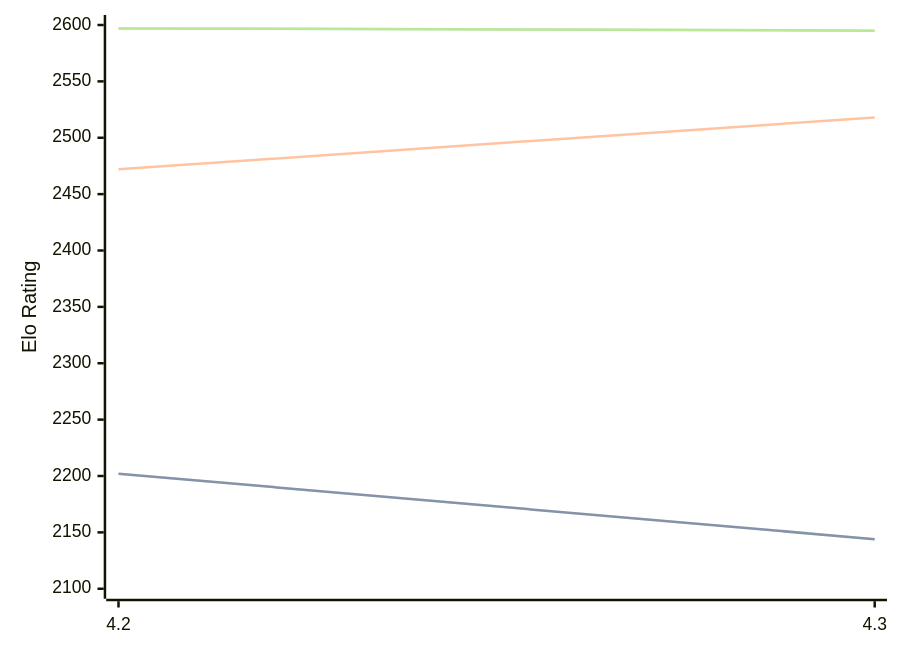
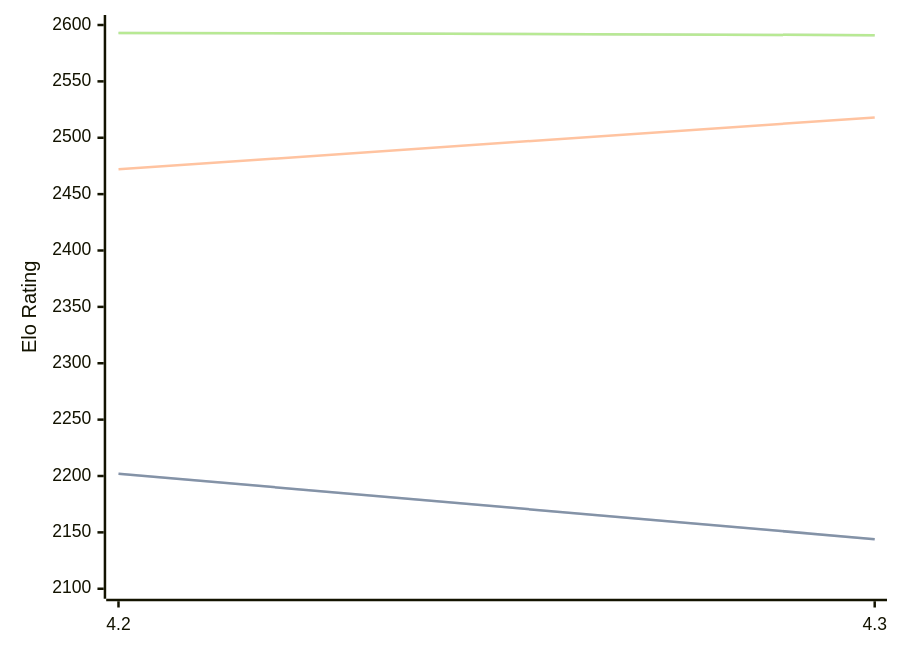
The diagram in engines/Eubos.md (computer-chess-index/cci), drawn with Mermaid before and after one commit. The commit also changed other lines of this file, not shown here.

Commit message:
Update CCI Ratings (ELO VLTC) - 2026-03-10

````diff
--- a/engines/Eubos.md
+++ b/engines/Eubos.md
@@ -86,11 +86,11 @@
 ```mermaid
 %%{init: {"theme":"base","themeVariables":{"seriesColors:['#a3a3a3','#222221','#faa371']}}}%%
 xychart-beta
   x-axis ["4.2", "4.3"]
   y-axis "Elo Rating" 2100 --> 2600
   line "STC (8.0+0.08s)" [2202, 2144]
   line "STC (8.0+0.08s)" [2202, 2144]
   line "LTC (60.0+0.60s)" [2472, 2518]
-  line "VLTC (2m24s+1.12s)" [2597, 2595]
-  line "VLTC (2m24s+1.12s)" [2597, 2595]
+  line "VLTC (2m24s+1.12s)" [2593, 2591]
+  line "VLTC (2m24s+1.12s)" [2593, 2591]
 ```
````
